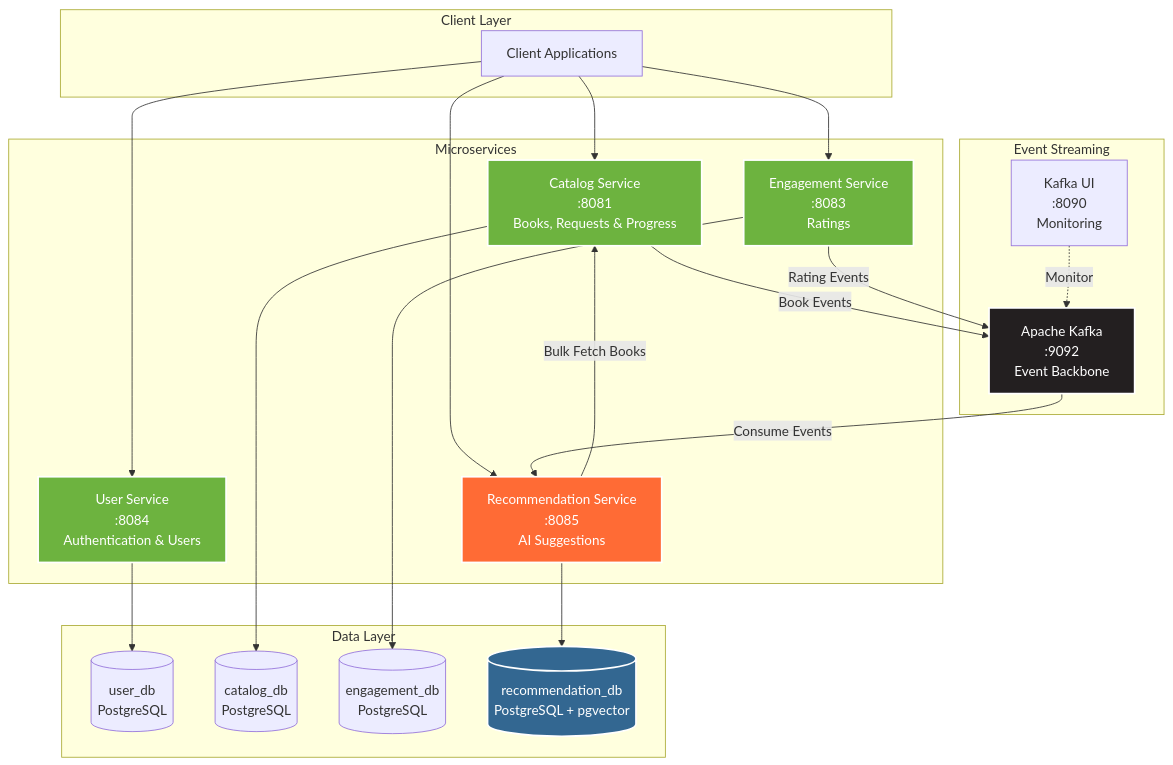
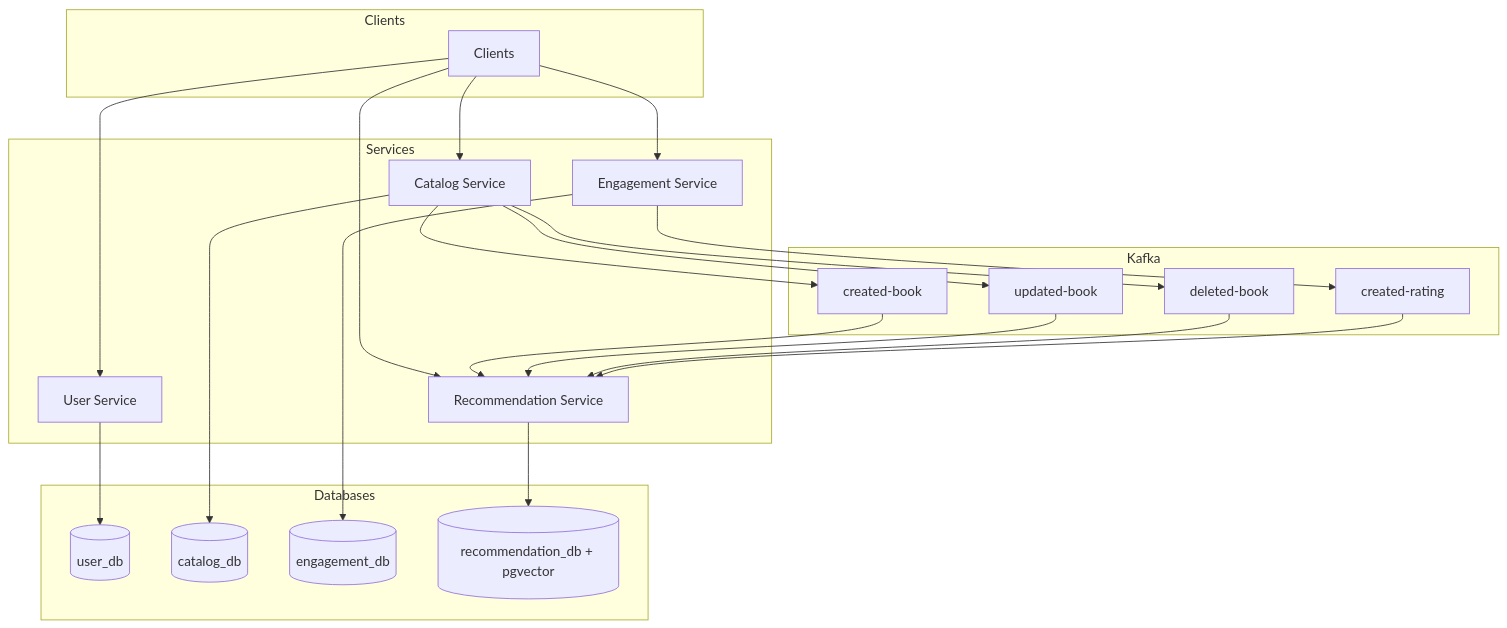
Before and after one commit to Luca5Eckert/VellumHub: the first of 3 diagrams in README.md, drawn with Mermaid. The commit also changed other lines of this file, not shown here.

First line of the commit message:
docs: rewrite README as architecture-first v2.1 document

````diff
--- a/README.md
+++ b/README.md
@@ -81,50 +31,47 @@
 ```mermaid
 graph TB
-    subgraph "Client Layer"
-        CLIENT[Client Applications]
+    subgraph Clients
+      C[Clients]
     end
-    
-    subgraph "Microservices"
-        US[User Service<br/>:8084<br/>Authentication & Users]
-        CS[Catalog Service<br/>:8081<br/>Books, Requests & Progress]
-        RS[Engagement Service<br/>:8083<br/>Ratings]
-        RCS[Recommendation Service<br/>:8085<br/>AI Suggestions]
+
+    subgraph Services
+      US[User Service]
+      CS[Catalog Service]
+      ES[Engagement Service]
+      RS[Recommendation Service]
     end
-    
-    subgraph "Event Streaming"
-        KAFKA[Apache Kafka<br/>:9092<br/>Event Backbone]
-        KUI[Kafka UI<br/>:8090<br/>Monitoring]
+
+    subgraph Kafka
+      T1[created-book]
+      T2[updated-book]
+      T3[deleted-book]
+      T4[created-rating]
     end
-    
-    subgraph "Data Layer"
-        DB1[(user_db<br/>PostgreSQL)]
-        DB2[(catalog_db<br/>PostgreSQL)]
-        DB3[(engagement_db<br/>PostgreSQL)]
-        DB4[(recommendation_db<br/>PostgreSQL + pgvector)]
+
+    subgraph Databases
+      UDB[(user_db)]
+      CDB[(catalog_db)]
+      EDB[(engagement_db)]
+      RDB[(recommendation_db + pgvector)]
     end
-    
-    CLIENT --> US
-    CLIENT --> CS
-    CLIENT --> RS
-    CLIENT --> RCS
-    
-    US --> DB1
-    CS --> DB2
-    RS --> DB3
-    RCS --> DB4
-    
-    CS -->|Book Events| KAFKA
-    RS -->|Rating Events| KAFKA
-    KAFKA -->|Consume Events| RCS
-    
-    RCS -->|Bulk Fetch Books| CS
-    
-    KUI -.Monitor.-> KAFKA
-    
-    style KAFKA fill:#231F20,stroke:#fff,stroke-width:2px,color:#fff
-    style US fill:#6DB33F,stroke:#fff,stroke-width:2px,color:#fff
-    style CS fill:#6DB33F,stroke:#fff,stroke-width:2px,color:#fff
-    style RS fill:#6DB33F,stroke:#fff,stroke-width:2px,color:#fff
-    style RCS fill:#FF6B35,stroke:#fff,stroke-width:2px,color:#fff
-    style DB4 fill:#336791,stroke:#fff,stroke-width:2px,color:#fff
+
+    C --> US
+    C --> CS
+    C --> ES
+    C --> RS
+
+    US --> UDB
+    CS --> CDB
+    ES --> EDB
+    RS --> RDB
+
+    CS --> T1
+    CS --> T2
+    CS --> T3
+    ES --> T4
+
+    T1 --> RS
+    T2 --> RS
+    T3 --> RS
+    T4 --> RS
 ```
````
